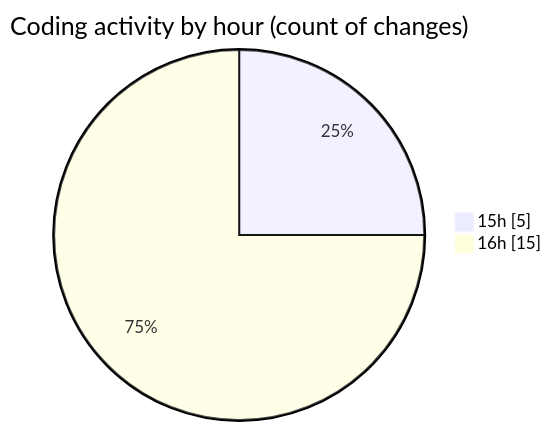
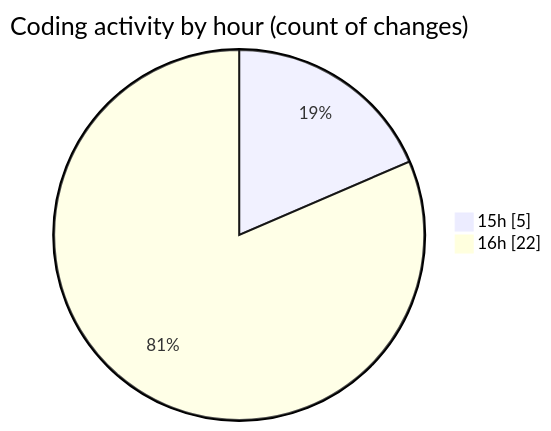
The second of 2 diagrams in 2025-07-22/fish/README.md (EIIisD/code-tracking), drawn with Mermaid before and after one commit. The commit also changed other lines of this file and 1 other file, not shown here.

````diff
--- a/2025-07-22/fish/README.md
+++ b/2025-07-22/fish/README.md
@@ -30,6 +30,6 @@
 ```mermaid
 pie showData
 title Coding activity by hour (count of changes)
 "15h" : 5
-"16h" : 15
+"16h" : 22
 ```
````
